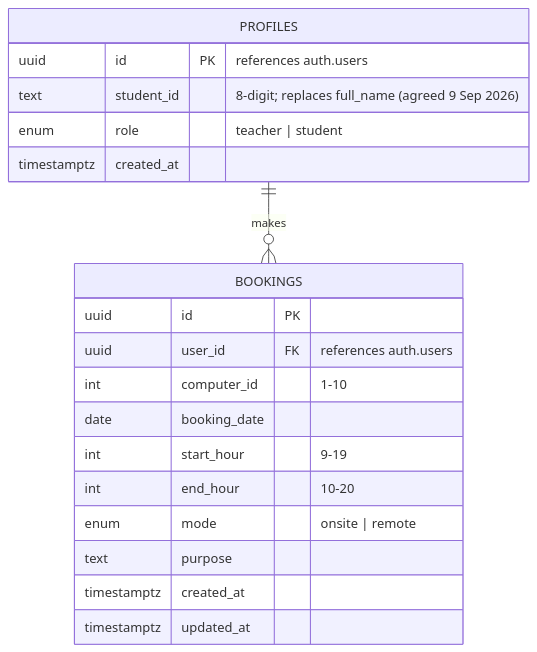
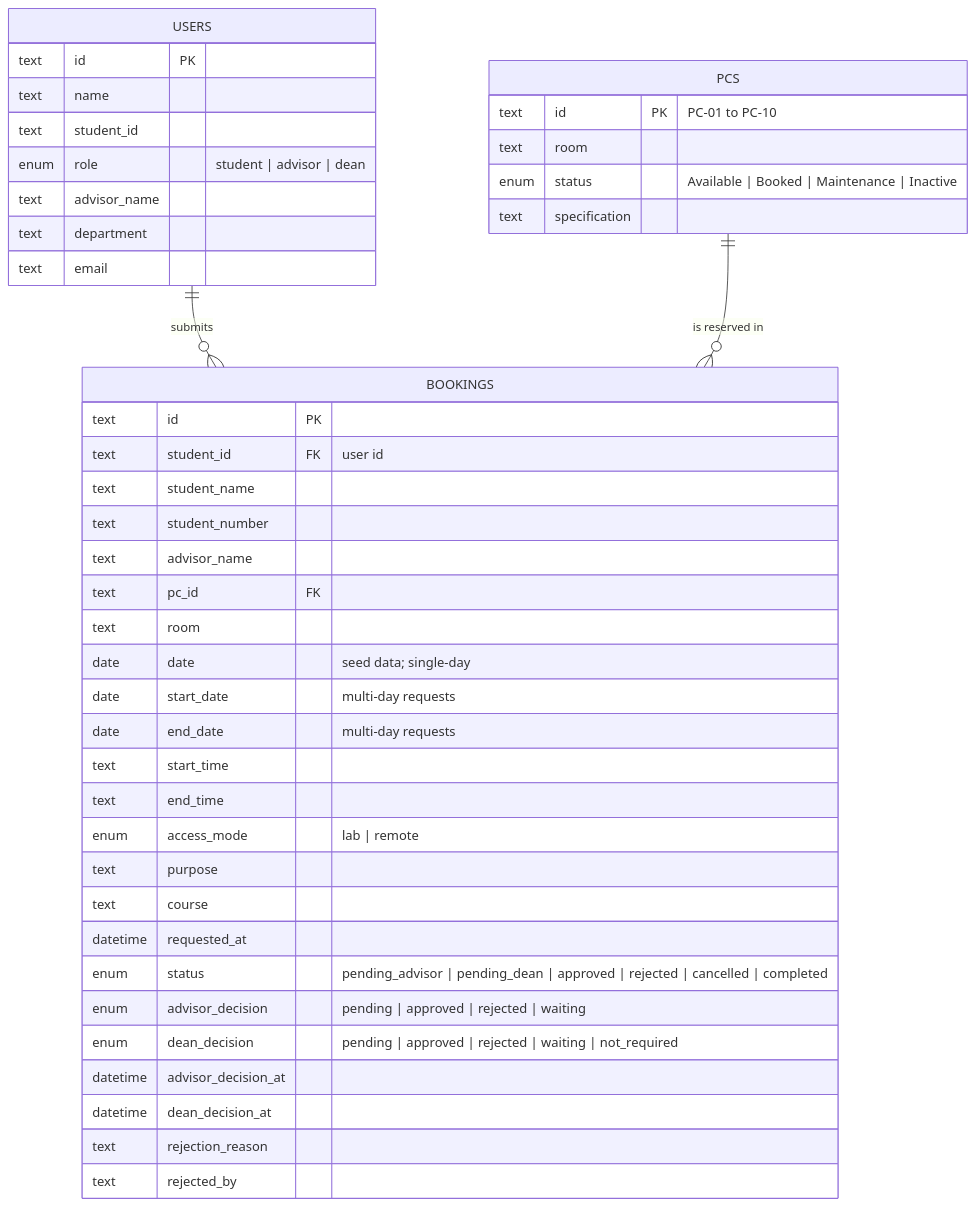
One commit to Leng201202/SE-Lab-Booking-System changed the diagram in .docs/02-design/diagrams/03-er-diagram.md. Above: the diagram before and after it, drawn with Mermaid. The commit also changed other lines of this file and 4 other files, not shown here.

Commit message:
update system design diagrams

````diff
--- a/.docs/02-design/diagrams/03-er-diagram.md
+++ b/.docs/02-design/diagrams/03-er-diagram.md
@@ -5,22 +5,45 @@
 ```mermaid
 erDiagram
-    PROFILES ||--o{ BOOKINGS : "makes"
-    PROFILES {
-        uuid id PK "references auth.users"
-        text student_id "8-digit; replaces full_name (agreed 9 Sep 2026)"
-        enum role "teacher | student"
-        timestamptz created_at
+    USERS ||--o{ BOOKINGS : "submits"
+    PCS ||--o{ BOOKINGS : "is reserved in"
+    USERS {
+        text id PK
+        text name
+        text student_id
+        enum role "student | advisor | dean"
+        text advisor_name
+        text department
+        text email
     }
     BOOKINGS {
-        uuid id PK
-        uuid user_id FK "references auth.users"
-        int computer_id "1-10"
-        date booking_date
-        int start_hour "9-19"
-        int end_hour "10-20"
-        enum mode "onsite | remote"
+        text id PK
+        text student_id FK "user id"
+        text student_name
+        text student_number
+        text advisor_name
+        text pc_id FK
+        text room
+        date date "seed data; single-day"
+        date start_date "multi-day requests"
+        date end_date "multi-day requests"
+        text start_time
+        text end_time
+        enum access_mode "lab | remote"
         text purpose
-        timestamptz created_at
-        timestamptz updated_at
+        text course
+        datetime requested_at
+        enum status "pending_advisor | pending_dean | approved | rejected | cancelled | completed"
+        enum advisor_decision "pending | approved | rejected | waiting"
+        enum dean_decision "pending | approved | rejected | waiting | not_required"
+        datetime advisor_decision_at
+        datetime dean_decision_at
+        text rejection_reason
+        text rejected_by
+    }
+    PCS {
+        text id PK "PC-01 to PC-10"
+        text room
+        enum status "Available | Booked | Maintenance | Inactive"
+        text specification
     }
 ```
````
